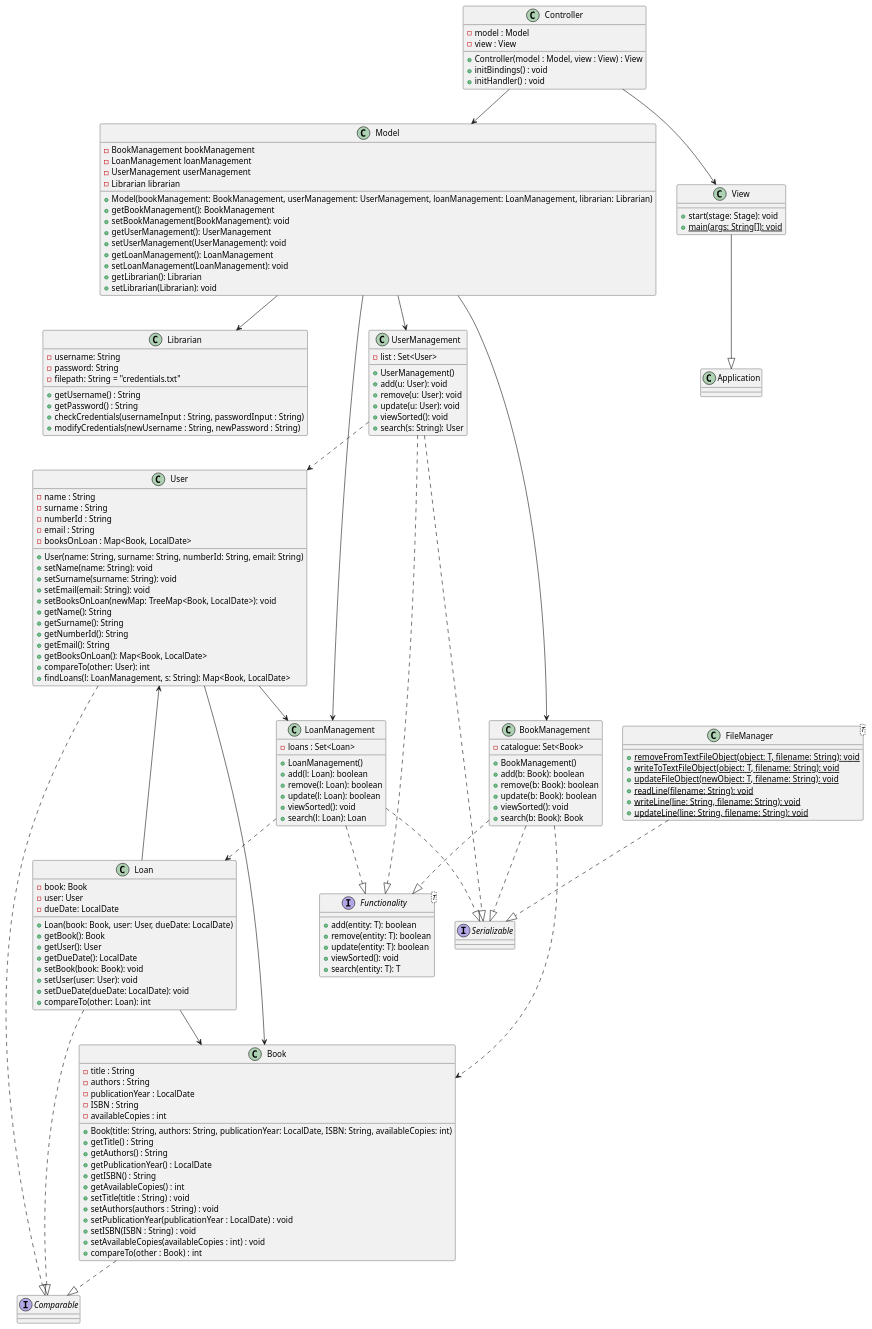
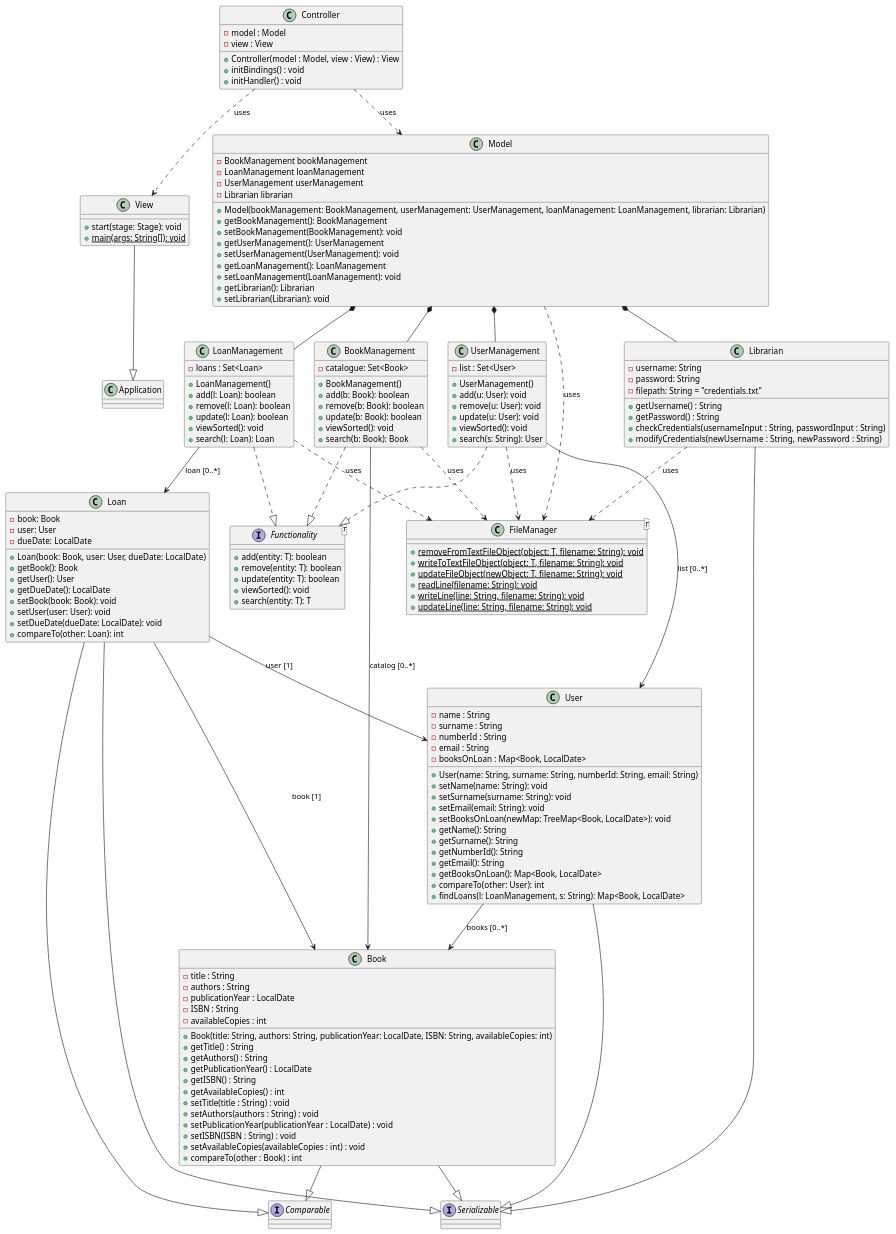
The diagram in gruppo14BibliotecaUniversitaria/uml/Class.puml (brunooliva7/Project-Ingegneria-del-Software14), drawn with PlantUML before and after one commit. The commit also changed 1 other file, not shown here.

```diff
--- a/gruppo14BibliotecaUniversitaria/uml/Class.puml
+++ b/gruppo14BibliotecaUniversitaria/uml/Class.puml
@@ -1,183 +1,183 @@
 @startuml
 
 interface Serializable
 interface Comparable
 
 class Application 
 
 class View {
   + start(stage: Stage): void
   + main(args: String[]): void {static}
 }
 
 class Controller {
   - model : Model
   - view : View
   + Controller(model : Model, view : View) : View
   + initBindings() : void
   + initHandler() : void
 }
 
 class Model {
   - BookManagement bookManagement
   - LoanManagement loanManagement
   - UserManagement userManagement
   - Librarian librarian
   + Model(bookManagement: BookManagement, userManagement: UserManagement, loanManagement: LoanManagement, librarian: Librarian)
   + getBookManagement(): BookManagement
   + setBookManagement(BookManagement): void
   + getUserManagement(): UserManagement
   + setUserManagement(UserManagement): void
   + getLoanManagement(): LoanManagement
   + setLoanManagement(LoanManagement): void
   + getLibrarian(): Librarian
   + setLibrarian(Librarian): void
 }
 
 class Librarian {
   - username: String
   - password: String
   - filepath: String = "credentials.txt"
   + getUsername() : String
   + getPassword() : String
   + checkCredentials(usernameInput : String, passwordInput : String)
   + modifyCredentials(newUsername : String, newPassword : String)
 }
 
 class User {
   - name : String
   - surname : String
   - numberId : String
   - email : String
   - booksOnLoan : Map<Book, LocalDate>
   + User(name: String, surname: String, numberId: String, email: String)
   + setName(name: String): void
   + setSurname(surname: String): void
   + setEmail(email: String): void
   + setBooksOnLoan(newMap: TreeMap<Book, LocalDate>): void
   + getName(): String
   + getSurname(): String
   + getNumberId(): String
   + getEmail(): String
   + getBooksOnLoan(): Map<Book, LocalDate>
   + compareTo(other: User): int
   + findLoans(l: LoanManagement, s: String): Map<Book, LocalDate>
 }
 
 class Book {
   - title : String
   - authors : String
   - publicationYear : LocalDate
   - ISBN : String
   - availableCopies : int
   +Book(title: String, authors: String, publicationYear: LocalDate, ISBN: String, availableCopies: int)
   + getTitle() : String
   + getAuthors() : String
   + getPublicationYear() : LocalDate
   + getISBN() : String
   + getAvailableCopies() : int
   + setTitle(title : String) : void
   + setAuthors(authors : String) : void
   + setPublicationYear(publicationYear : LocalDate) : void
   + setISBN(ISBN : String) : void
   + setAvailableCopies(availableCopies : int) : void
   +compareTo(other : Book) : int
 }
 
 class Loan {
   - book: Book
   - user: User
   - dueDate: LocalDate
   + Loan(book: Book, user: User, dueDate: LocalDate)
   + getBook(): Book
   + getUser(): User
   + getDueDate(): LocalDate
   + setBook(book: Book): void
   + setUser(user: User): void
   + setDueDate(dueDate: LocalDate): void
   + compareTo(other: Loan): int
 }
 
 interface Functionality<T> {
   + add(entity: T): boolean
   + remove(entity: T): boolean
   + update(entity: T): boolean
   + viewSorted(): void
   + search(entity: T): T
 }
 
 class BookManagement {
   - catalogue: Set<Book>
   + BookManagement()
   + add(b: Book): boolean
   + remove(b: Book): boolean
   + update(b: Book): boolean
   + viewSorted(): void
   + search(b: Book): Book
 }
 
 class LoanManagement {
   - loans : Set<Loan>
   + LoanManagement()
   + add(l: Loan): boolean
   + remove(l: Loan): boolean
   + update(l: Loan): boolean
   + viewSorted(): void
   + search(l: Loan): Loan
 }
 
 class UserManagement {
   - list : Set<User> 
   + UserManagement()
   + add(u: User): void
   + remove(u: User): void
   + update(u: User): void
   + viewSorted(): void
   + search(s: String): User
 }
 
 class FileManager<T> {
   + removeFromTextFileObject(object: T, filename: String): void {static}
   + writeToTextFileObject(object: T, filename: String): void {static}
   + updateFileObject(newObject: T, filename: String): void{static}
   + readLine(filename: String): void{static}
   + writeLine(line: String, filename: String): void{static}
   + updateLine(line: String, filename: String): void{static}
 }
 
-Controller --> Model
-Controller --> View
+' === Ereditarietà e implementazione ===
 View --|> Application
+User --|> Serializable
+Book --|> Serializable
+Loan --|> Serializable
+Librarian --|> Serializable
+Book --|> Comparable
+Loan --|> Comparable
+BookManagement ..|> Functionality
+LoanManagement ..|> Functionality
+UserManagement ..|> Functionality
 
-Model --> BookManagement
-Model --> LoanManagement
-Model --> UserManagement
-Model --> Librarian
+' === Composizione ===
+Model *-- BookManagement
+Model *-- LoanManagement
+Model *-- UserManagement
+Model *-- Librarian
 
-User --> Book
-User --> LoanManagement
-User ..|> Comparable
+' === Associazioni ===
+Loan --> Book : book [1]
+Loan --> User : user [1]
+User --> Book : books [0..*]
+BookManagement --> Book : catalog [0..*]
+LoanManagement --> Loan : loan [0..*]
+UserManagement --> User : list [0..*]
 
-Book ..|> Comparable
-
-
-Loan --> Book
-Loan --> User
-Loan ..|> Comparable
-
-
-BookManagement ..|> Functionality
-BookManagement ..|> Serializable
-BookManagement ..> Book
-
-LoanManagement ..|> Functionality
-LoanManagement ..|> Serializable
-LoanManagement ..> Loan
-
-UserManagement ..|> Functionality
-UserManagement ..|> Serializable
-UserManagement ..> User
-
-FileManager ..|> Serializable
+' === Dipendenze ===
+Controller ..> Model : uses
+Controller ..> View : uses
+Model ..> FileManager : uses
+BookManagement ..> FileManager : uses
+LoanManagement ..> FileManager : uses
+UserManagement ..> FileManager : uses
+Librarian ..> FileManager : uses
 
 @enduml
```
